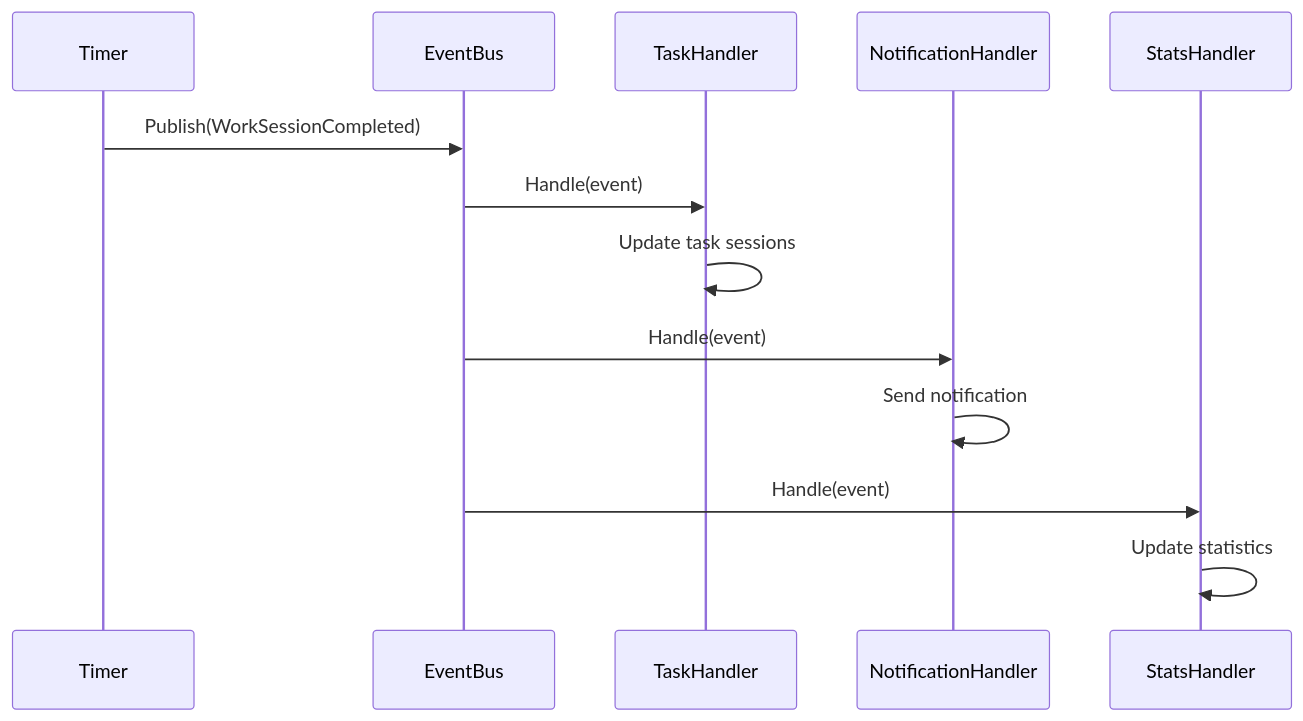
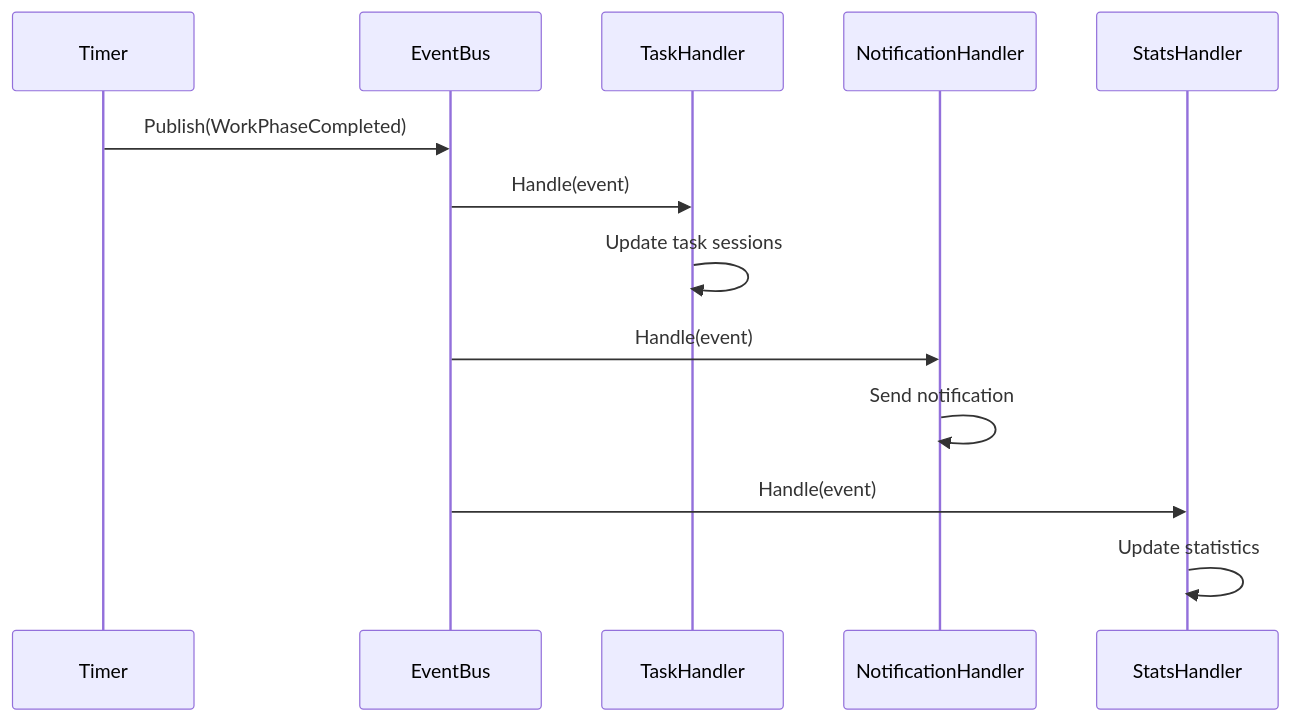
Before and after one commit to kulapoo/pomotoro: the second of 2 diagrams in docs/contribute/connections/events.md, drawn with Mermaid. The commit also changed other lines of this file and 19 other files, not shown here.

````diff
--- a/docs/contribute/connections/events.md
+++ b/docs/contribute/connections/events.md
@@ -340,16 +340,16 @@
 ```mermaid
 sequenceDiagram
     participant Timer
     participant EventBus
     participant TaskHandler
     participant NotificationHandler
     participant StatsHandler
     
-    Timer->>EventBus: Publish(WorkSessionCompleted)
+    Timer->>EventBus: Publish(WorkPhaseCompleted)
     EventBus->>TaskHandler: Handle(event)
     TaskHandler->>TaskHandler: Update task sessions
     EventBus->>NotificationHandler: Handle(event)
     NotificationHandler->>NotificationHandler: Send notification
     EventBus->>StatsHandler: Handle(event)
     StatsHandler->>StatsHandler: Update statistics
 ```
````
